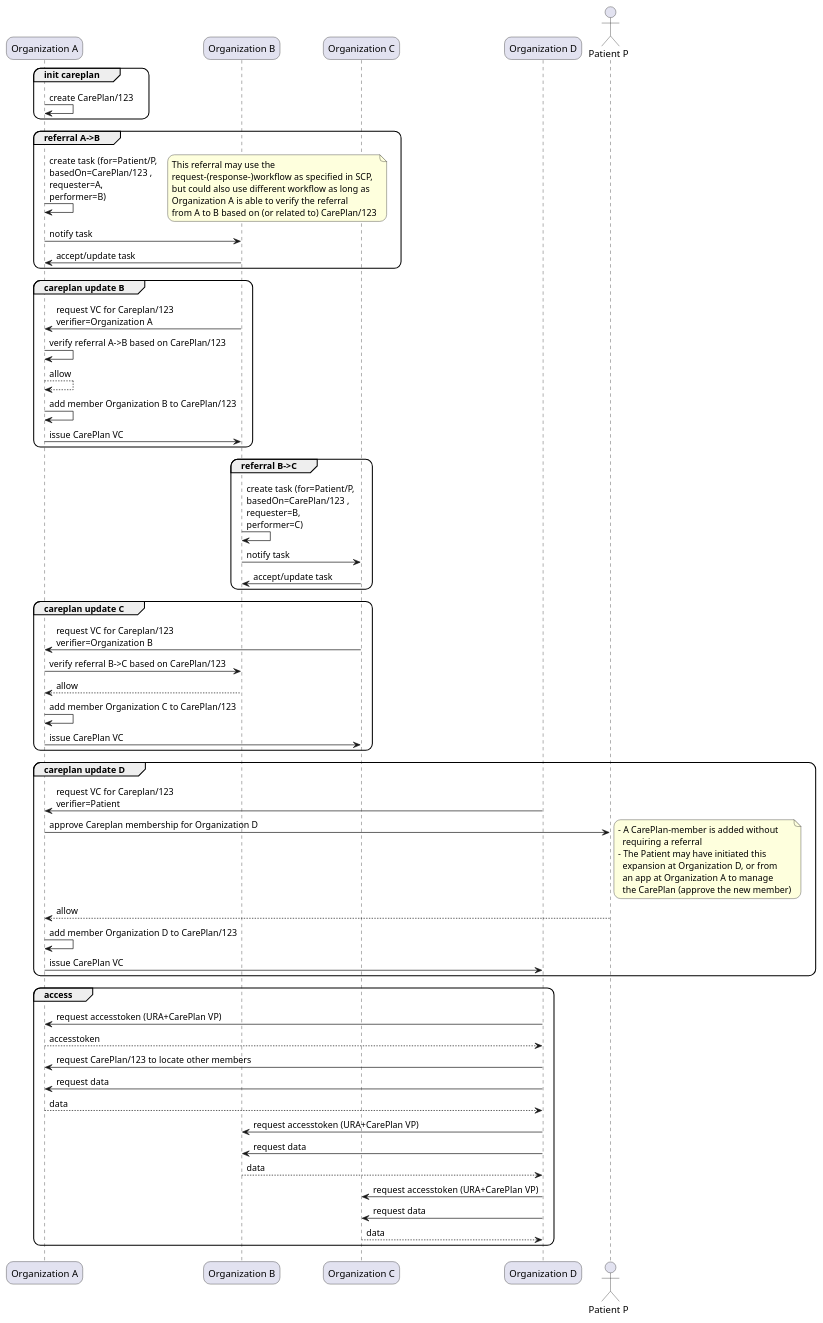
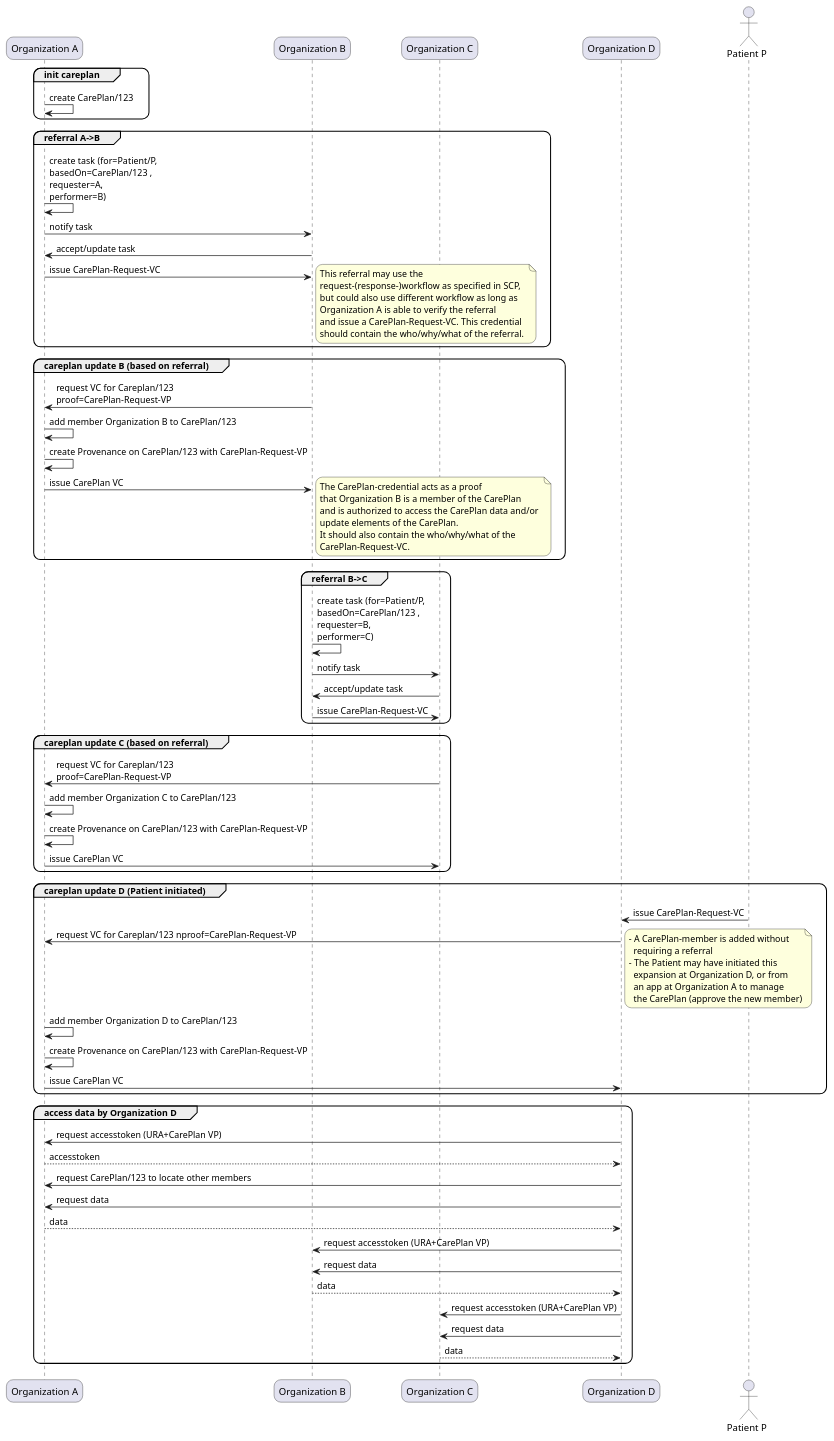
The diagram in input/images-source/careplan-updates.puml (SanteonNL/shared-care-planning), drawn with PlantUML before and after one commit. The commit also changed 1 other file, not shown here.

Commit message:
new sequence diagram and schema's

```diff
--- a/input/images-source/careplan-updates.puml
+++ b/input/images-source/careplan-updates.puml
@@ -1,110 +1,94 @@
 @startuml careplan-updates
 
 skinparam roundcorner 20
 skinparam defaultFontName Arial 
 
 
 !pragma teoz true
 
 participant  org_a as "Organization A"
 participant  org_b as "Organization B"
 participant  org_c as "Organization C"
 participant  org_d as "Organization D"
 actor patient as "Patient P"
-' database registry as "Discovery Service"
 
-' group init organizations
-'     org_a -> org_a: self issue URA VC, Service-definition VC
-'     org_a -> registry: publish URA VP, Service-definition VP
-
-'     org_b -> org_b: self issue URA VC, Service-definition VC
-'     org_b -> registry: publish URA VP, Service-definition VP
-
-'     org_c -> org_c: self issue URA VC, Service-definition VC
-'     org_c -> registry: publish URA VP, Service-definition VP
-
-'     org_d -> org_c: self issue URA VC, Service-definition VC
-'     org_d -> registry: publish URA VP, Service-definition VP
-
-'     note right
-'         All services are now
-'         registered in the discovery service (Vanilla NUTS)
-'     end note
-
-' end
 
 group init careplan 
  org_a -> org_a: create CarePlan/123
 end
 
 group referral A->B
    org_a -> org_a: create task (for=Patient/P, \nbasedOn=CarePlan/123 , \nrequester=A, \nperformer=B)
-    note right
+
+   org_a -> org_b: notify task
+   org_b -> org_a: accept/update task
+   org_a -> org_b: issue CarePlan-Request-VC
+   note right
         This referral may use the 
         request-(response-)workflow as specified in SCP,
         but could also use different workflow as long as
         Organization A is able to verify the referral 
-        from A to B based on (or related to) CarePlan/123
-    end note
-   org_a -> org_b: notify task
-   org_b -> org_a: accept/update task
+        and issue a CarePlan-Request-VC. This credential 
+        should contain the who/why/what of the referral. 
+   end note
 end
 
-group careplan update B
-    org_b -> org_a: request VC for Careplan/123 \nverifier=Organization A
-    org_a -> org_a: verify referral A->B based on CarePlan/123
-    return allow
-    org_a -> org_a: add member Organization B to CarePlan/123 
+group careplan update B (based on referral)
+    org_b -> org_a: request VC for Careplan/123 \nproof=CarePlan-Request-VP
+    org_a -> org_a: add member Organization B to CarePlan/123
+    org_a -> org_a: create Provenance on CarePlan/123 with CarePlan-Request-VP
     org_a -> org_b: issue CarePlan VC
+    note right
+        The CarePlan-credential acts as a proof
+        that Organization B is a member of the CarePlan
+        and is authorized to access the CarePlan data and/or 
+        update elements of the CarePlan.
+        It should also contain the who/why/what of the 
+        CarePlan-Request-VC.
+    end note
 end
 
 group referral B->C
    org_b -> org_b: create task (for=Patient/P, \nbasedOn=CarePlan/123 , \nrequester=B, \nperformer=C)
    org_b -> org_c: notify task
    org_c -> org_b: accept/update task
-    ' note right
-    '      - Patient is related to Organization A and B
-    '      - Organization A has issued a task to Organization B
-    '        for Patient
-    '      - Organization B has accepted the task
-    ' end note
+   org_b -> org_c: issue CarePlan-Request-VC
 end
 
-group careplan update C
-    org_c -> org_a: request VC for Careplan/123 \nverifier=Organization B
-    org_a -> org_b: verify referral B->C based on CarePlan/123 
-    return allow
+group careplan update C (based on referral)
+    org_c -> org_a: request VC for Careplan/123 \nproof=CarePlan-Request-VP
     org_a -> org_a: add member Organization C to CarePlan/123 
+    org_a -> org_a: create Provenance on CarePlan/123 with CarePlan-Request-VP
     org_a -> org_c: issue CarePlan VC
 end
 
-group careplan update D
-    org_d -> org_a: request VC for Careplan/123 \nverifier=Patient
-    org_a -> patient: approve Careplan membership for Organization D 
+group careplan update D (Patient initiated)
+    patient -> org_d: issue CarePlan-Request-VC
+    org_d -> org_a: request VC for Careplan/123 nproof=CarePlan-Request-VP
     note right
          - A CarePlan-member is added without
            requiring a referral
          - The Patient may have initiated this
            expansion at Organization D, or from 
            an app at Organization A to manage
            the CarePlan (approve the new member)
     end note
-    return allow
     org_a -> org_a: add member Organization D to CarePlan/123 
+    org_a -> org_a: create Provenance on CarePlan/123 with CarePlan-Request-VP
     org_a -> org_d: issue CarePlan VC
 end
 
-group access
+group access data by Organization D
     org_d -> org_a: request accesstoken (URA+CarePlan VP)
     return accesstoken
     org_d -> org_a: request CarePlan/123 to locate other members
     org_d -> org_a: request data
     return data
     org_d -> org_b: request accesstoken (URA+CarePlan VP)
     org_d -> org_b: request data
     return data
     org_d -> org_c: request accesstoken (URA+CarePlan VP)
     org_d -> org_c: request data
     return data
 end
 @enduml
```
